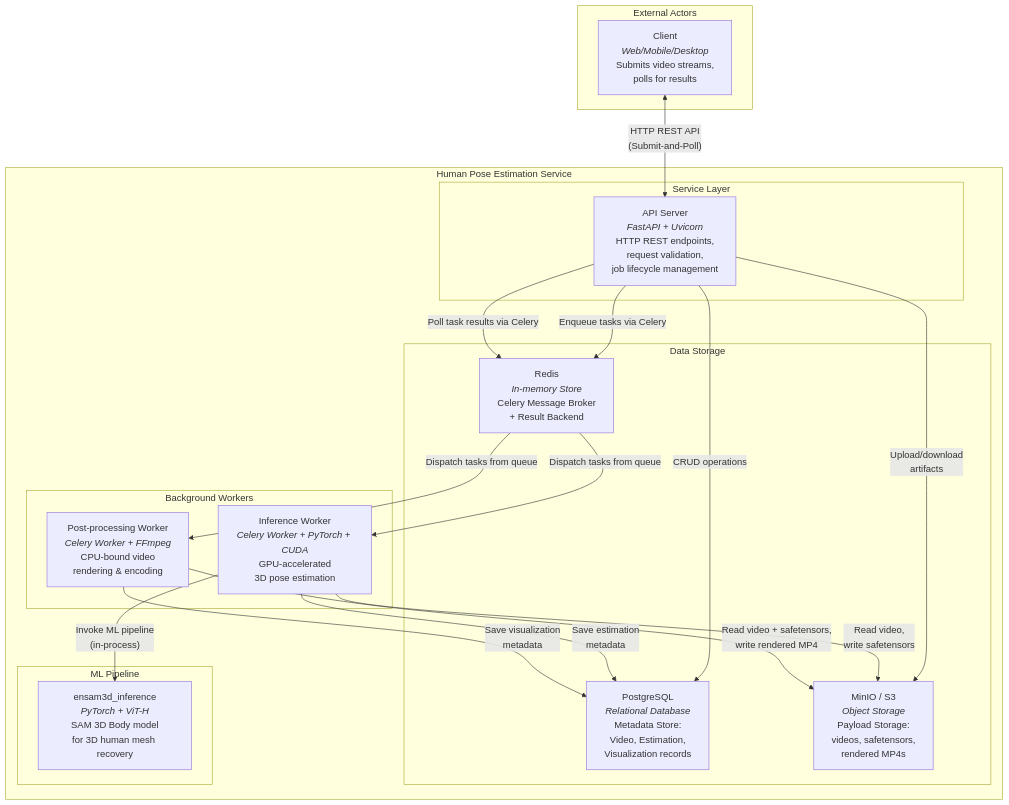
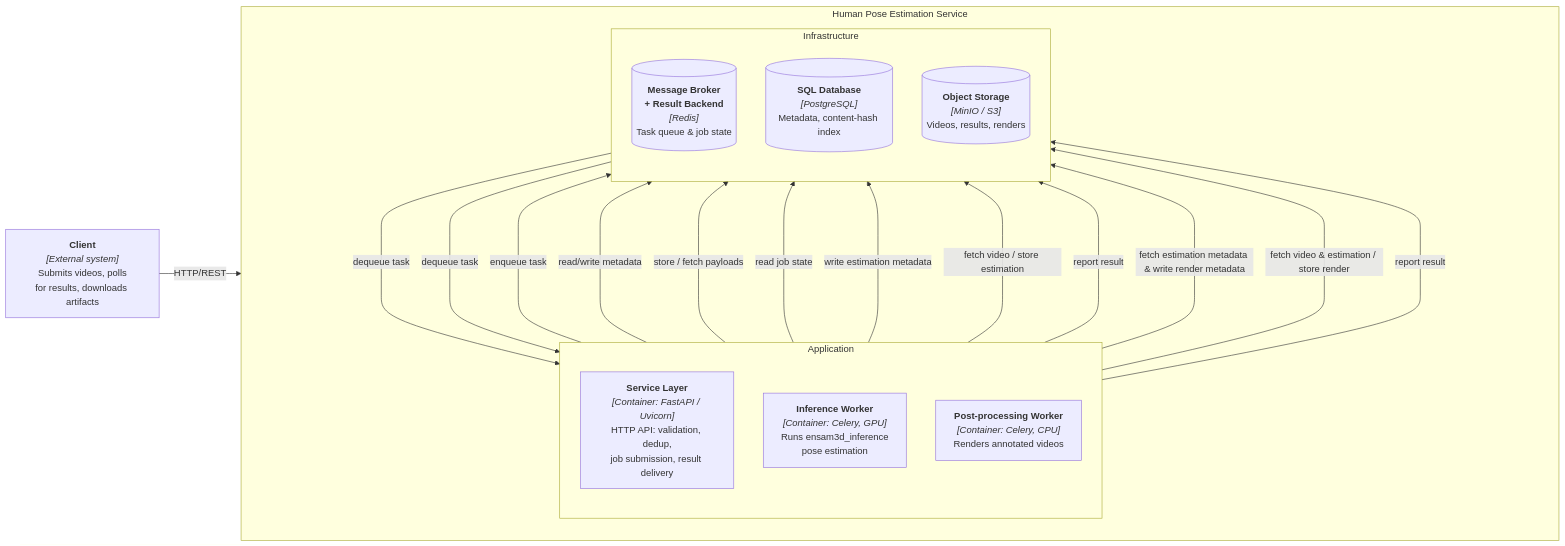
The diagram in docs/README.md (Sierra-Arn/pose-estimation-service), drawn with Mermaid before and after one commit. The commit also changed other lines of this file and 16 other files, not shown here.

````diff
--- a/docs/README.md
+++ b/docs/README.md
@@ -13,44 +42,40 @@
 ```mermaid
-flowchart TB
-    subgraph External["External Actors"]
-        Client["Client<br/><i>Web/Mobile/Desktop</i><br/>Submits video streams,<br/>polls for results"]
-    end
+flowchart LR
+    client["<b>Client</b><br/><i>[External system]</i><br/>Submits videos, polls<br/>for results, downloads artifacts"]
 
-    subgraph System["Human Pose Estimation Service"]
-        subgraph ServiceLayer["Service Layer"]
-            API["API Server<br/><i>FastAPI + Uvicorn</i><br/>HTTP REST endpoints,<br/>request validation,<br/>job lifecycle management"]
+    subgraph system["Human Pose Estimation Service"]
+        direction TB
+
+        subgraph app["Application"]
+            direction TB
+            api["<b>Service Layer</b><br/><i>[Container: FastAPI / Uvicorn]</i><br/>HTTP API: validation, dedup,<br/>job submission, result delivery"]
+            winf["<b>Inference Worker</b><br/><i>[Container: Celery, GPU]</i><br/>Runs ensam3d_inference<br/>pose estimation"]
+            wdef["<b>Post-processing Worker</b><br/><i>[Container: Celery, CPU]</i><br/>Renders annotated videos"]
         end
 
-        subgraph Workers["Background Workers"]
-            InferenceWorker["Inference Worker<br/><i>Celery Worker + PyTorch + CUDA</i><br/>GPU-accelerated<br/>3D pose estimation"]
-            PostProcessingWorker["Post-processing Worker<br/><i>Celery Worker + FFmpeg</i><br/>CPU-bound video<br/>rendering & encoding"]
-        end
-
-        subgraph Storage["Data Storage"]
-            PostgreSQL["PostgreSQL<br/><i>Relational Database</i><br/>Metadata Store:<br/>Video, Estimation,<br/>Visualization records"]
-            Redis["Redis<br/><i>In-memory Store</i><br/>Celery Message Broker<br/>+ Result Backend"]
-            MinIO["MinIO / S3<br/><i>Object Storage</i><br/>Payload Storage:<br/>videos, safetensors,<br/>rendered MP4s"]
-        end
-
-        subgraph MLPipeline["ML Pipeline"]
-            Ensam3D["ensam3d_inference<br/><i>PyTorch + ViT-H</i><br/>SAM 3D Body model<br/>for 3D human mesh recovery"]
+        subgraph infra["Infrastructure"]
+            direction TB
+            broker[("<b>Message Broker<br/>+ Result Backend</b><br/><i>[Redis]</i><br/>Task queue & job state")]
+            db[("<b>SQL Database</b><br/><i>[PostgreSQL]</i><br/>Metadata, content-hash index")]
+            obj[("<b>Object Storage</b><br/><i>[MinIO / S3]</i><br/>Videos, results, renders")]
         end
     end
 
-    Client <-->|"HTTP REST API<br/>(Submit-and-Poll)"| API
-    
-    API -->|"Enqueue tasks via Celery"| Redis
-    API -->|"Poll task results via Celery"| Redis
-    API -->|"Upload/download<br/>artifacts"| MinIO
-    API -->|"CRUD operations"| PostgreSQL
-    
-    Redis -->|"Dispatch tasks from queue"| InferenceWorker
-    Redis -->|"Dispatch tasks from queue"| PostProcessingWorker
-    
-    InferenceWorker -->|"Read video,<br/>write safetensors"| MinIO
-    InferenceWorker -->|"Save estimation<br/>metadata"| PostgreSQL
-    InferenceWorker -->|"Invoke ML pipeline<br/>(in-process)"| Ensam3D
-    
-    PostProcessingWorker -->|"Read video + safetensors,<br/>write rendered MP4"| MinIO
-    PostProcessingWorker -->|"Save visualization<br/>metadata"| PostgreSQL
+    client -->|"HTTP/REST"| api
+
+    api ---->|"enqueue task"| broker
+    api -->|"read/write metadata"| db
+    api -->|"store / fetch payloads"| obj
+    api -->|"read job state"| broker
+
+    broker ---->|"dequeue task"| winf
+    broker ---->|"dequeue task"| wdef
+
+    winf ---->|"write estimation metadata"| db
+    winf ---->|"fetch video / store estimation"| obj
+    winf ---->|"report result"| broker
+
+    wdef ---->|"fetch estimation metadata & write render metadata"| db
+    wdef ---->|"fetch video & estimation / store render"| obj
+    wdef ---->|"report result"| broker
 ```
````
